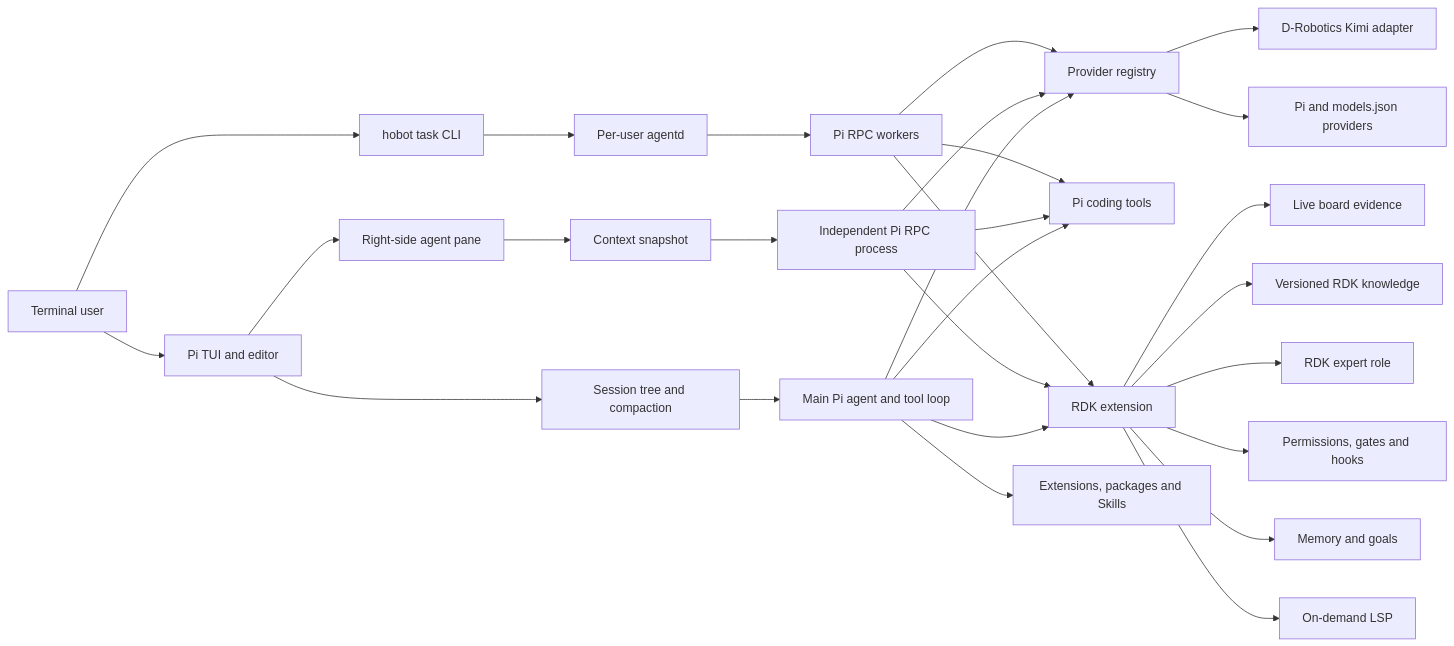
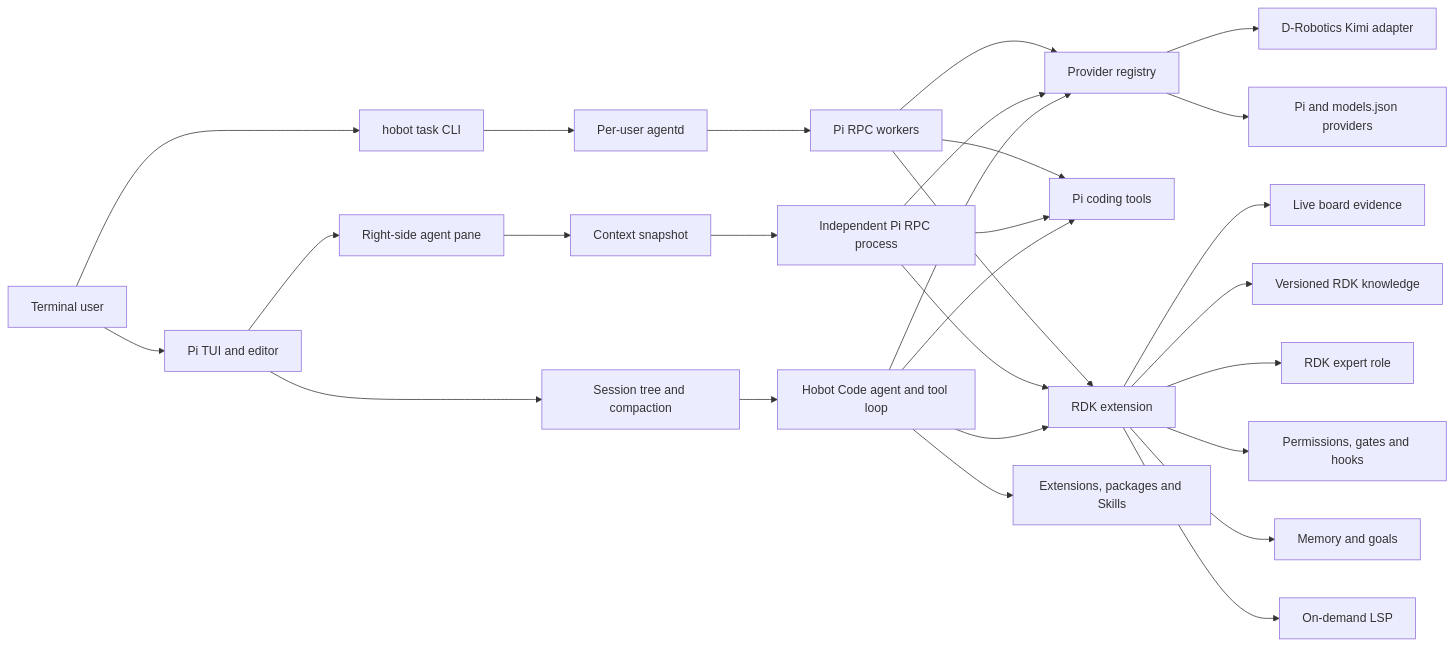
Before and after one commit to Kyrie-w8/hobot-code: the diagram in docs/architecture.md, drawn with Mermaid. The commit also changed other lines of this file and 42 other files, not shown here.

Commit message:
feat: add Hobot Code desktop control plane

````diff
--- a/docs/architecture.md
+++ b/docs/architecture.md
@@ -7,34 +17,34 @@
 ```mermaid
 flowchart LR
   U["Terminal user"] --> T["Pi TUI and editor"]
   U --> CLI["hobot task CLI"]
   CLI --> AD["Per-user agentd"]
   AD --> BG["Pi RPC workers"]
   T --> S["Session tree and compaction"]
-  S --> A["Main Pi agent and tool loop"]
+  S --> A["Hobot Code agent and tool loop"]
 
   A --> P["Provider registry"]
   P --> K["D-Robotics Kimi adapter"]
   P --> V["Pi and models.json providers"]
 
   A --> B["Pi coding tools"]
   A --> R["RDK extension"]
   A --> X["Extensions, packages and Skills"]
 
   R --> H["Live board evidence"]
   R --> D["Versioned RDK knowledge"]
   R --> E["RDK expert role"]
   R --> C["Permissions, gates and hooks"]
   R --> M["Memory and goals"]
   R --> L["On-demand LSP"]
 
   T --> W["Right-side agent pane"]
   W --> Q["Context snapshot"]
   Q --> SA["Independent Pi RPC process"]
   SA --> P
   SA --> B
   SA --> R
   BG --> P
   BG --> B
   BG --> R
 ```
````
